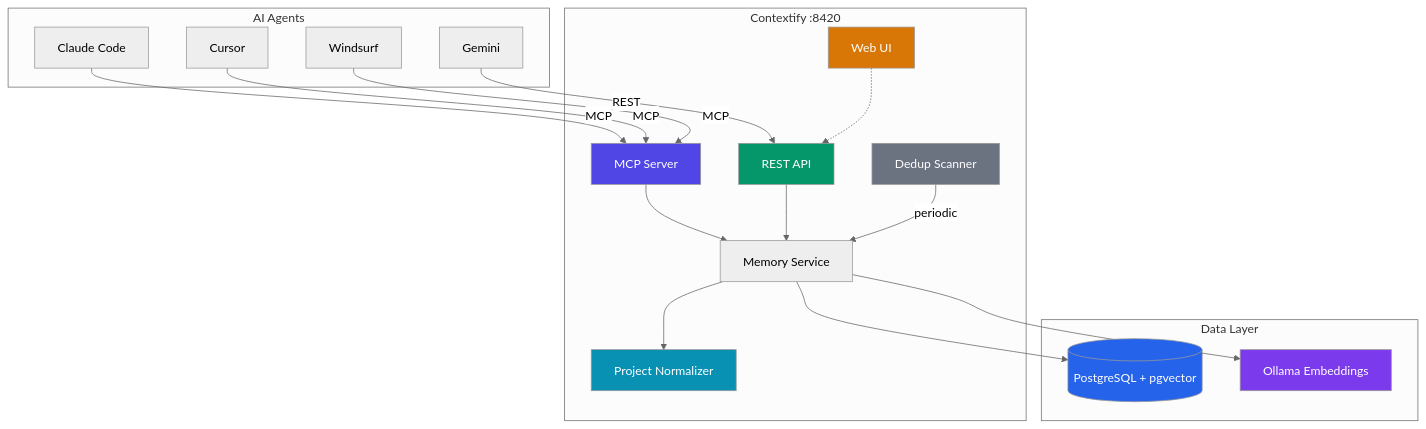
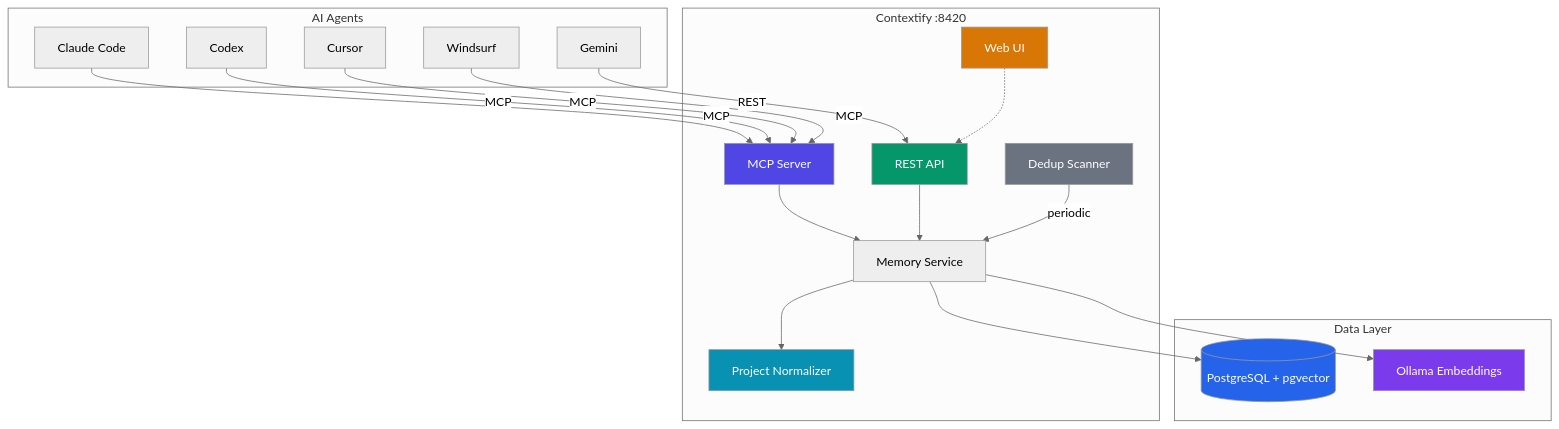
The diagram in README.md (atakanatali/contextify), drawn with Mermaid (neutral theme) before and after one commit. The commit also changed other lines of this file and 13 other files, not shown here.

````diff
--- a/README.md
+++ b/README.md
@@ -35,39 +35,40 @@
 ```mermaid
 graph TB
     subgraph Agents["AI Agents"]
         CC[Claude Code]
+        CX[Codex]
         CU[Cursor]
         WS[Windsurf]
         GE[Gemini]
     end
 
     subgraph Contextify["Contextify :8420"]
         MCP[MCP Server]
         REST[REST API]
         WEB[Web UI]
         SVC[Memory Service]
         NORM[Project Normalizer]
         DEDUP[Dedup Scanner]
     end
 
     subgraph Storage["Data Layer"]
         PG[(PostgreSQL + pgvector)]
         OL[Ollama Embeddings]
     end
 
-    CC & CU & WS -->|MCP| MCP
+    CC & CX & CU & WS -->|MCP| MCP
     GE -->|REST| REST
     WEB -.-> REST
     MCP & REST --> SVC
     SVC --> NORM
     SVC --> PG & OL
     DEDUP -->|periodic| SVC
 
     style MCP fill:#4f46e5,color:#fff
     style REST fill:#059669,color:#fff
     style WEB fill:#d97706,color:#fff
     style PG fill:#2563eb,color:#fff
     style OL fill:#7c3aed,color:#fff
     style NORM fill:#0891b2,color:#fff
     style DEDUP fill:#6b7280,color:#fff
 ```
````
